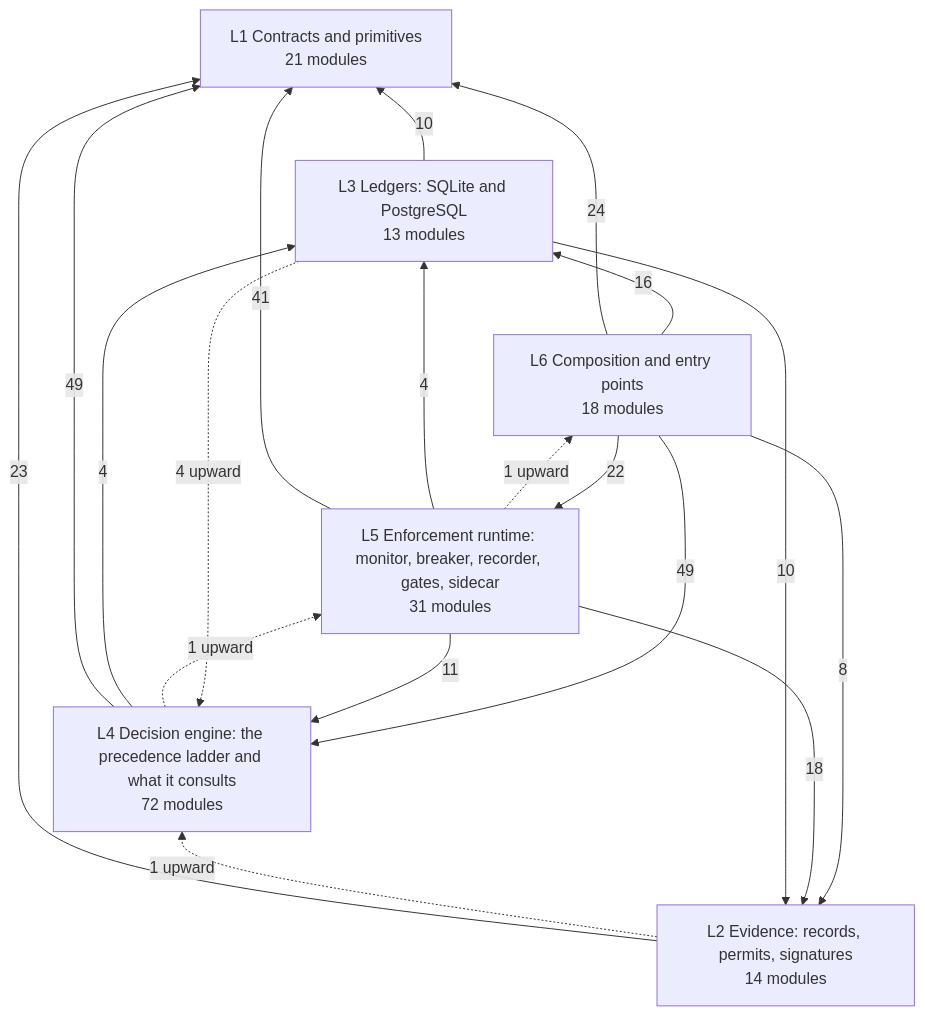
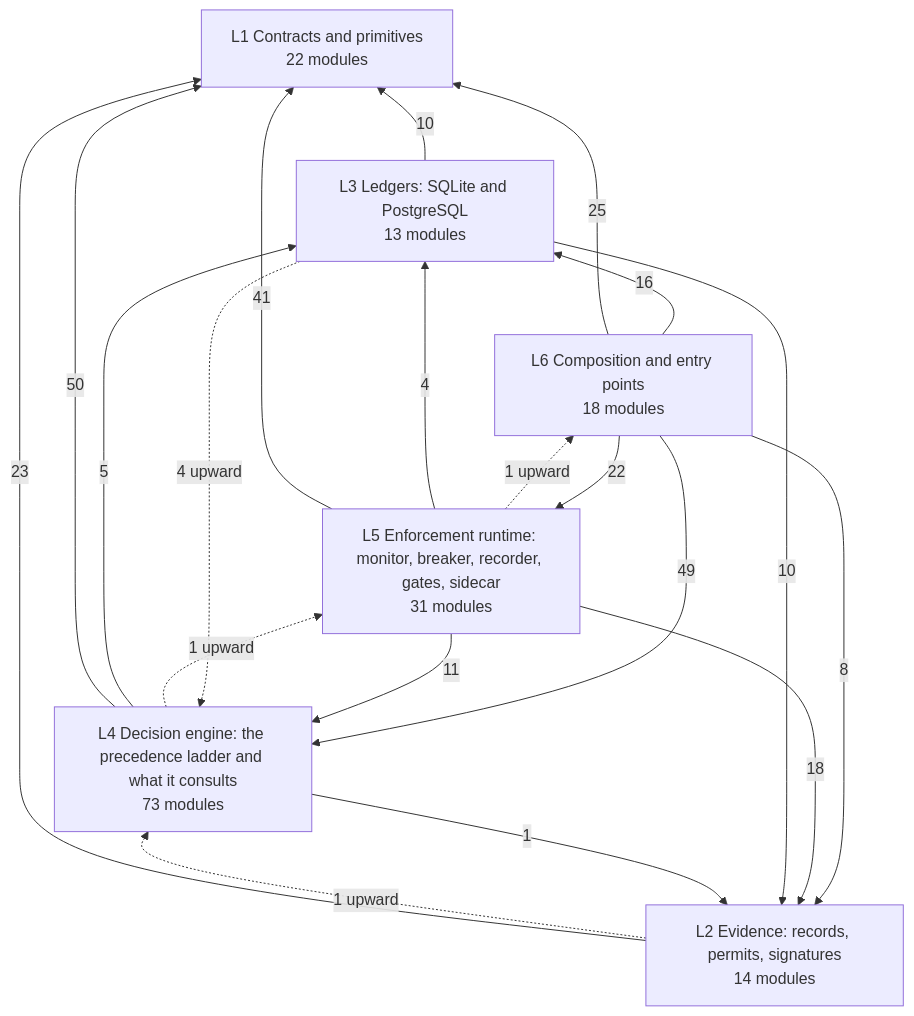
Before and after one commit to LOLA0786/privatevault-agent-dna: the diagram in docs/architecture/DEPENDENCIES.md, drawn with Mermaid. The commit also changed other lines of this file and 32 other files, not shown here.

````diff
--- a/docs/architecture/DEPENDENCIES.md
+++ b/docs/architecture/DEPENDENCIES.md
@@ -12,27 +12,28 @@
 ```mermaid
 flowchart BT
-  L1["L1 Contracts and primitives<br/>21 modules"]
+  L1["L1 Contracts and primitives<br/>22 modules"]
   L2["L2 Evidence: records, permits, signatures<br/>14 modules"]
   L3["L3 Ledgers: SQLite and PostgreSQL<br/>13 modules"]
-  L4["L4 Decision engine: the precedence ladder and what it consults<br/>72 modules"]
+  L4["L4 Decision engine: the precedence ladder and what it consults<br/>73 modules"]
   L5["L5 Enforcement runtime: monitor, breaker, recorder, gates, sidecar<br/>31 modules"]
   L6["L6 Composition and entry points<br/>18 modules"]
   L2 -->|23| L1
   L3 -->|10| L1
   L3 -->|10| L2
-  L4 -->|49| L1
-  L4 -->|4| L3
+  L4 -->|50| L1
+  L4 -->|1| L2
+  L4 -->|5| L3
   L5 -->|41| L1
   L5 -->|18| L2
   L5 -->|4| L3
   L5 -->|11| L4
-  L6 -->|24| L1
+  L6 -->|25| L1
   L6 -->|8| L2
   L6 -->|16| L3
   L6 -->|49| L4
   L6 -->|22| L5
   L2 -.->|1 upward| L4
   L3 -.->|4 upward| L4
   L4 -.->|1 upward| L5
   L5 -.->|1 upward| L6
 ```
````
